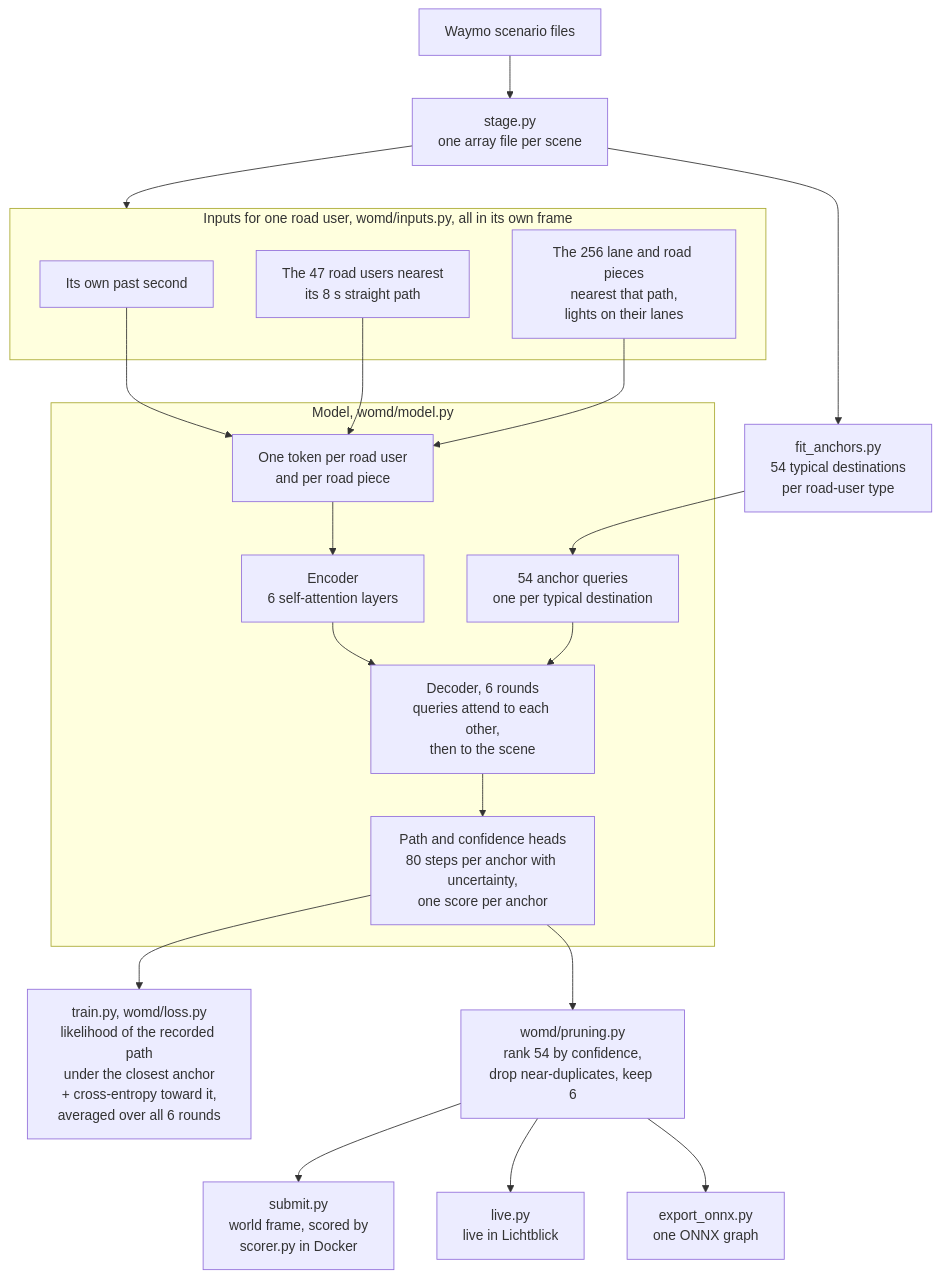
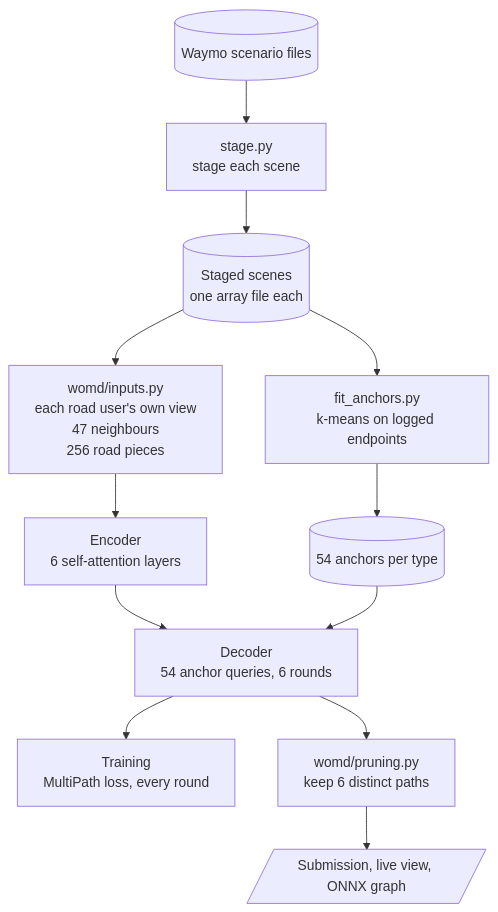
The diagram in README.md (Scott-Grew/MotionNet-avPrediction), drawn with Mermaid before and after one commit.

Commit message:
redraw the architecture with data, process and output shapes

````diff
--- a/README.md
+++ b/README.md
@@ -61,32 +61,17 @@
 ```mermaid
 flowchart TD
-    RAW["Waymo scenario files"] --> STAGE["stage.py<br/>one array file per scene"]
-    STAGE --> ANCHORS["fit_anchors.py<br/>54 typical destinations<br/>per road-user type"]
-
-    subgraph INPUTS["Inputs for one road user, womd/inputs.py, all in its own frame"]
-        OWN["Its own past second"]
-        OTHERS["The 47 road users nearest<br/>its 8 s straight path"]
-        ROAD["The 256 lane and road pieces<br/>nearest that path,<br/>lights on their lanes"]
-    end
-    STAGE --> INPUTS
-
-    subgraph MODEL["Model, womd/model.py"]
-        TOKENS["One token per road user<br/>and per road piece"]
-        ENCODER["Encoder<br/>6 self-attention layers"]
-        QUERIES["54 anchor queries<br/>one per typical destination"]
-        DECODER["Decoder, 6 rounds<br/>queries attend to each other,<br/>then to the scene"]
-        HEADS["Path and confidence heads<br/>80 steps per anchor with uncertainty,<br/>one score per anchor"]
-        TOKENS --> ENCODER --> DECODER
-        QUERIES --> DECODER --> HEADS
-    end
-    OWN & OTHERS & ROAD --> TOKENS
-    ANCHORS --> QUERIES
-
-    LOSS["train.py, womd/loss.py<br/>likelihood of the recorded path<br/>under the closest anchor<br/>+ cross-entropy toward it,<br/>averaged over all 6 rounds"]
-    PRUNE["womd/pruning.py<br/>rank 54 by confidence,<br/>drop near-duplicates, keep 6"]
-    HEADS --> LOSS
-    HEADS --> PRUNE
-    PRUNE --> SUBMIT["submit.py<br/>world frame, scored by<br/>scorer.py in Docker"]
-    PRUNE --> LIVE["live.py<br/>live in Lichtblick"]
-    PRUNE --> ONNX["export_onnx.py<br/>one ONNX graph"]
+    RAW[("Waymo scenario files")]
+    STAGE["stage.py<br/>stage each scene"]
+    STAGED[("Staged scenes<br/>one array file each")]
+    FIT["fit_anchors.py<br/>k-means on logged endpoints"]
+    ANCHORS[("54 anchors per type")]
+    INPUTS["womd/inputs.py<br/>each road user's own view<br/>47 neighbours<br/>256 road pieces"]
+    ENCODER["Encoder<br/>6 self-attention layers"]
+    DECODER["Decoder<br/>54 anchor queries, 6 rounds"]
+    LOSS["Training<br/>MultiPath loss, every round"]
+    PRUNE["womd/pruning.py<br/>keep 6 distinct paths"]
+    OUT[/"Submission, live view, ONNX graph"/]
+    RAW --> STAGE --> STAGED --> INPUTS --> ENCODER --> DECODER --> PRUNE --> OUT
+    STAGED --> FIT --> ANCHORS --> DECODER
+    DECODER --> LOSS
 ```
````
